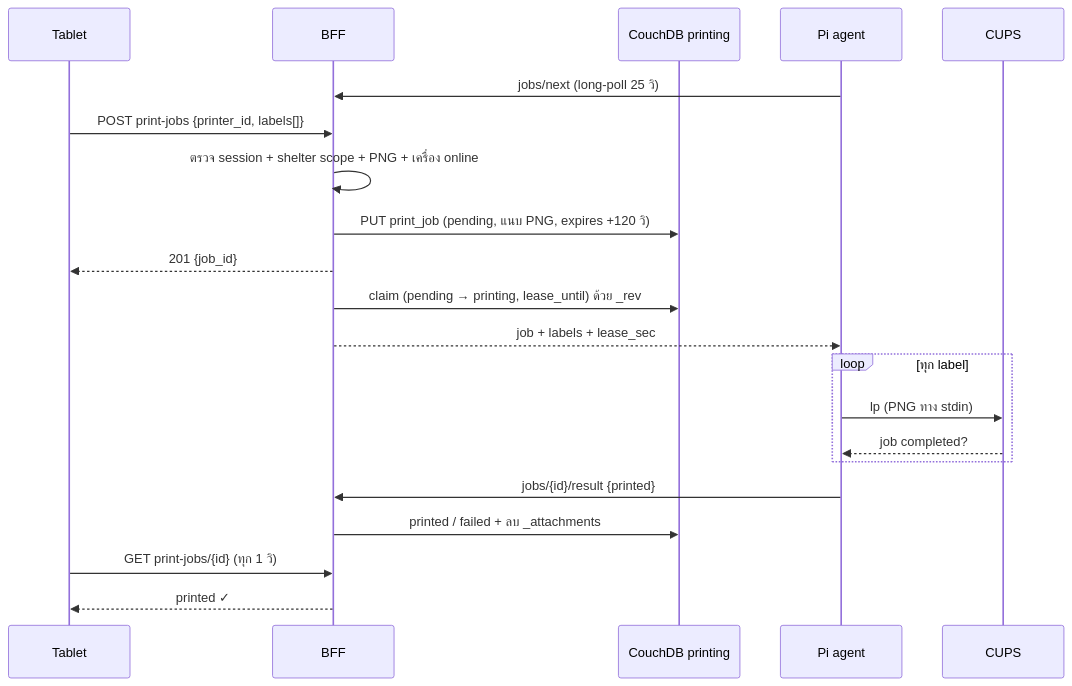
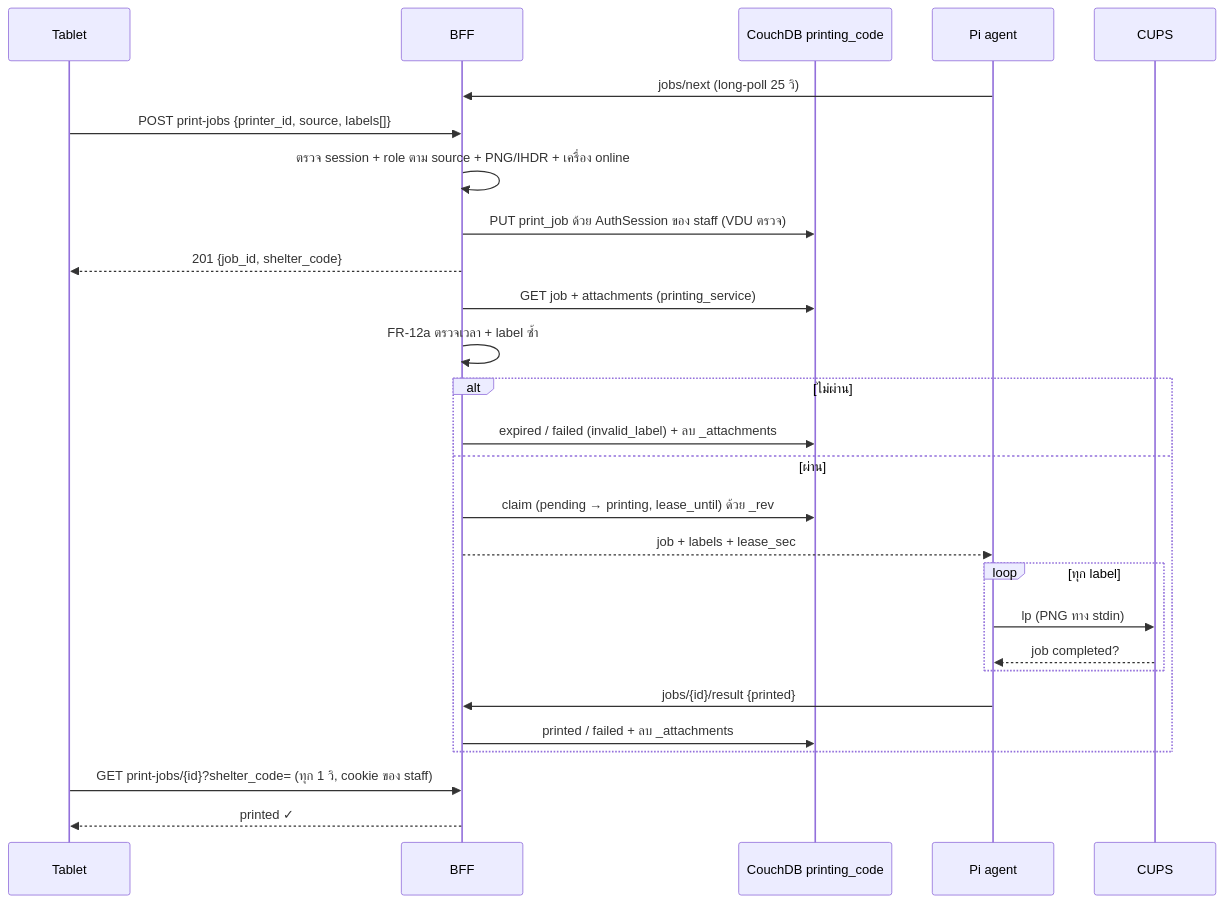
One commit to r202-coe-psu/tent changed the third of 7 diagrams in docs/changes/draft-print-server.md. Above: the diagram before and after it, drawn with Mermaid. The commit also changed other lines of this file, not shown here.

Commit message:
docs(printers): revise print server draft cr per pr review

````diff
--- a/docs/changes/draft-print-server.md
+++ b/docs/changes/draft-print-server.md
@@ -157,24 +230,30 @@
 ```mermaid
 sequenceDiagram
     participant T as Tablet
     participant B as BFF
-    participant DB as CouchDB printing
+    participant DB as CouchDB printing_code
     participant P as Pi agent
     participant C as CUPS
 
     P->>B: jobs/next (long-poll 25 วิ)
-    T->>B: POST print-jobs {printer_id, labels[]}
-    B->>B: ตรวจ session + shelter scope + PNG + เครื่อง online
-    B->>DB: PUT print_job (pending, แนบ PNG, expires +120 วิ)
-    B-->>T: 201 {job_id}
-    B->>DB: claim (pending → printing, lease_until) ด้วย _rev
-    B-->>P: job + labels + lease_sec
-    loop ทุก label
-        P->>C: lp (PNG ทาง stdin)
-        C-->>P: job completed?
+    T->>B: POST print-jobs {printer_id, source, labels[]}
+    B->>B: ตรวจ session + role ตาม source + PNG/IHDR + เครื่อง online
+    B->>DB: PUT print_job ด้วย AuthSession ของ staff (VDU ตรวจ)
+    B-->>T: 201 {job_id, shelter_code}
+    B->>DB: GET job + attachments (printing_service)
+    B->>B: FR-12a ตรวจเวลา + label ซ้ำ
+    alt ไม่ผ่าน
+        B->>DB: expired / failed (invalid_label) + ลบ _attachments
+    else ผ่าน
+        B->>DB: claim (pending → printing, lease_until) ด้วย _rev
+        B-->>P: job + labels + lease_sec
+        loop ทุก label
+            P->>C: lp (PNG ทาง stdin)
+            C-->>P: job completed?
+        end
+        P->>B: jobs/{id}/result {printed}
+        B->>DB: printed / failed + ลบ _attachments
     end
-    P->>B: jobs/{id}/result {printed}
-    B->>DB: printed / failed + ลบ _attachments
-    T->>B: GET print-jobs/{id} (ทุก 1 วิ)
+    T->>B: GET print-jobs/{id}?shelter_code= (ทุก 1 วิ, cookie ของ staff)
     B-->>T: printed ✓
 ```
````
